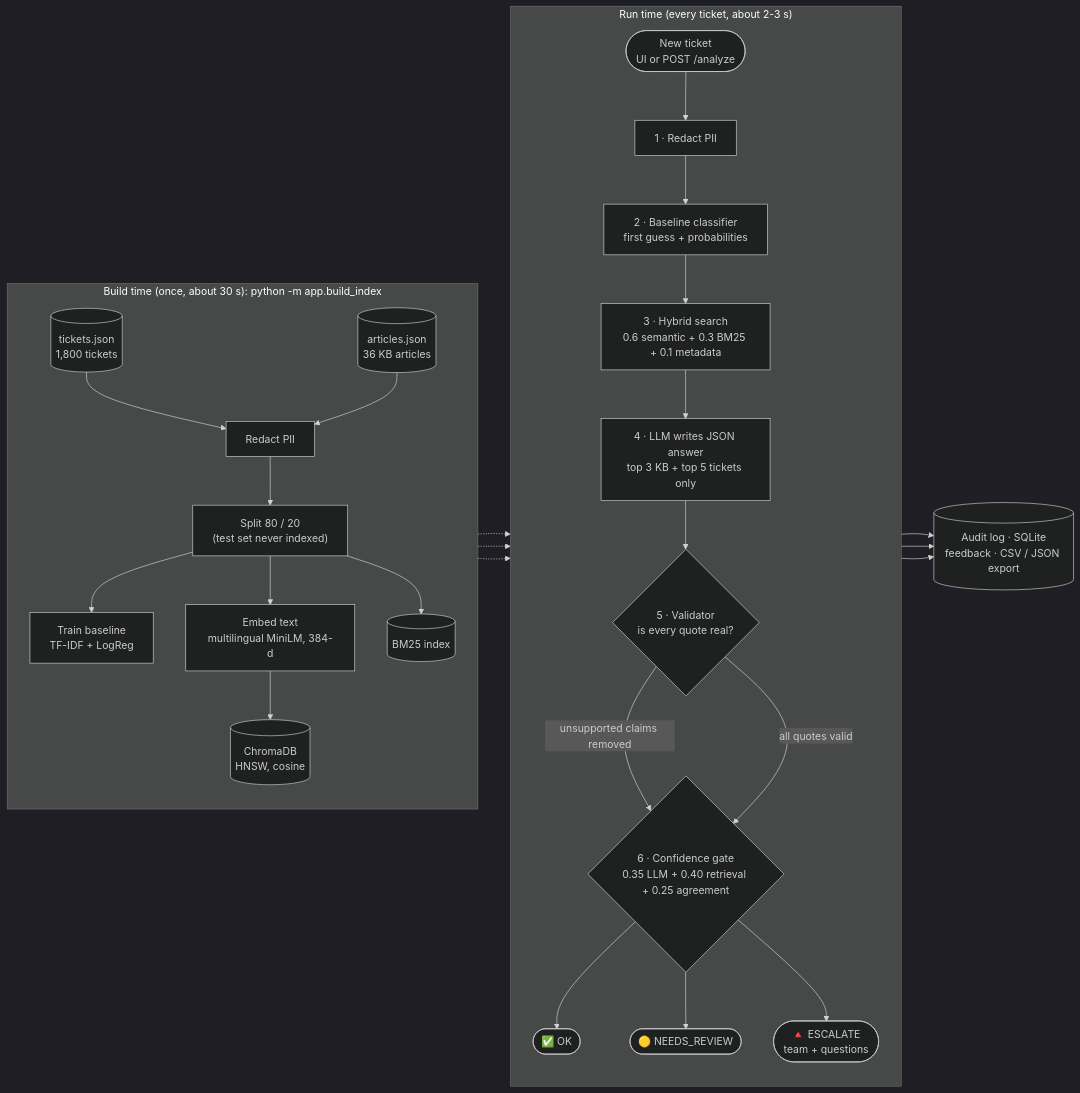
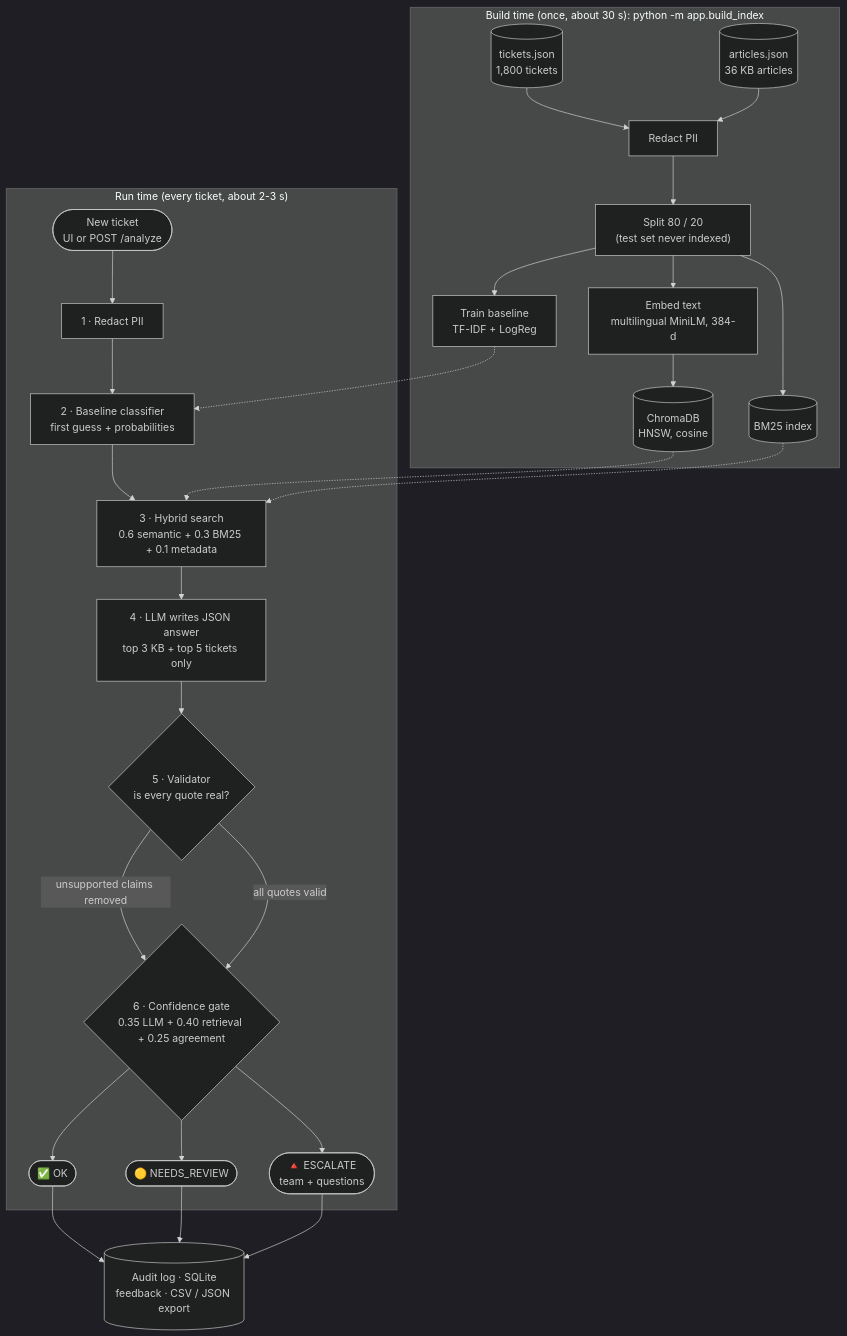
One commit to labhansp22/hcl_tech_Team_Paracetomol changed the first of 3 diagrams in README.md. Above: the diagram before and after it, drawn with Mermaid (dark theme).

Commit message:
docs(readme): stack the end-to-end architecture diagram vertically
The side-by-side layout rendered as a thin strip on GitHub; top-to-bottom keeps the labels readable.

````diff
--- a/README.md
+++ b/README.md
@@ -60,34 +60,32 @@
 ```mermaid
-flowchart LR
+flowchart TB
     subgraph BUILD["Build time (once, about 30 s): python -m app.build_index"]
-        direction TB
         D1[("tickets.json<br/>1,800 tickets")] --> R0["Redact PII"]
         D2[("articles.json<br/>36 KB articles")] --> R0
         R0 --> SPL["Split 80 / 20<br/>(test set never indexed)"]
         SPL --> BL["Train baseline<br/>TF-IDF + LogReg"]
         SPL --> EMB["Embed text<br/>multilingual MiniLM, 384-d"]
         EMB --> CH[("ChromaDB<br/>HNSW, cosine")]
         SPL --> BM[("BM25 index")]
     end
 
     subgraph RUN["Run time (every ticket, about 2-3 s)"]
-        direction TB
         T(["New ticket<br/>UI or POST /analyze"]) --> S1["1 · Redact PII"]
         S1 --> S2["2 · Baseline classifier<br/>first guess + probabilities"]
         S2 --> S3["3 · Hybrid search<br/>0.6 semantic + 0.3 BM25 + 0.1 metadata"]
         S3 --> S4["4 · LLM writes JSON answer<br/>top 3 KB + top 5 tickets only"]
         S4 --> S5{"5 · Validator<br/>is every quote real?"}
         S5 -- "unsupported claims removed" --> S6
         S5 -- "all quotes valid" --> S6{"6 · Confidence gate<br/>0.35 LLM + 0.40 retrieval + 0.25 agreement"}
         S6 --> OK(["✅ OK"])
         S6 --> RV(["🟡 NEEDS_REVIEW"])
         S6 --> ES(["🔺 ESCALATE<br/>team + questions"])
     end
 
     BL -.-> S2
     CH -.-> S3
     BM -.-> S3
     OK --> AU[("Audit log · SQLite<br/>feedback · CSV / JSON export")]
     RV --> AU
     ES --> AU
 ```
````
